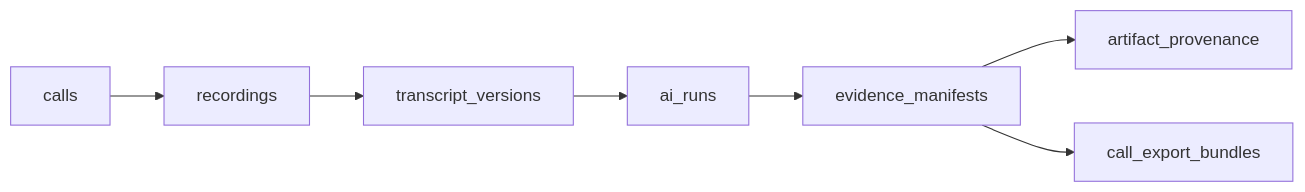
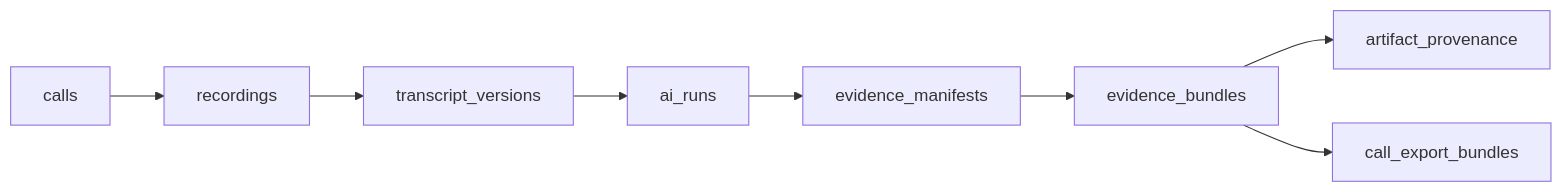
Before and after one commit to adrper79-dot/CallMonitor: the fourth of 8 diagrams in ARCH_DOCS/01-CORE/GRAPHICAL_ARCHITECTURE.md, drawn with Mermaid. The commit also changed other lines of this file and 24 other files, not shown here.

Commit message:
fix: WebRPC architectural violations - use orchestration, add audit logs, add rate limiting

````diff
--- a/ARCH_DOCS/01-CORE/GRAPHICAL_ARCHITECTURE.md
+++ b/ARCH_DOCS/01-CORE/GRAPHICAL_ARCHITECTURE.md
@@ -144,17 +144,19 @@
 ```mermaid
 flowchart LR
   CALL[calls]
   REC[recordings]
   TV[transcript_versions]
   AIR[ai_runs]
   EM[evidence_manifests]
+  EB[evidence_bundles]
   AP[artifact_provenance]
   EXP[call_export_bundles]
 
   CALL --> REC
   REC --> TV
   TV --> AIR
   AIR --> EM
-  EM --> AP
-  EM --> EXP
+  EM --> EB
+  EB --> AP
+  EB --> EXP
 ```
````
